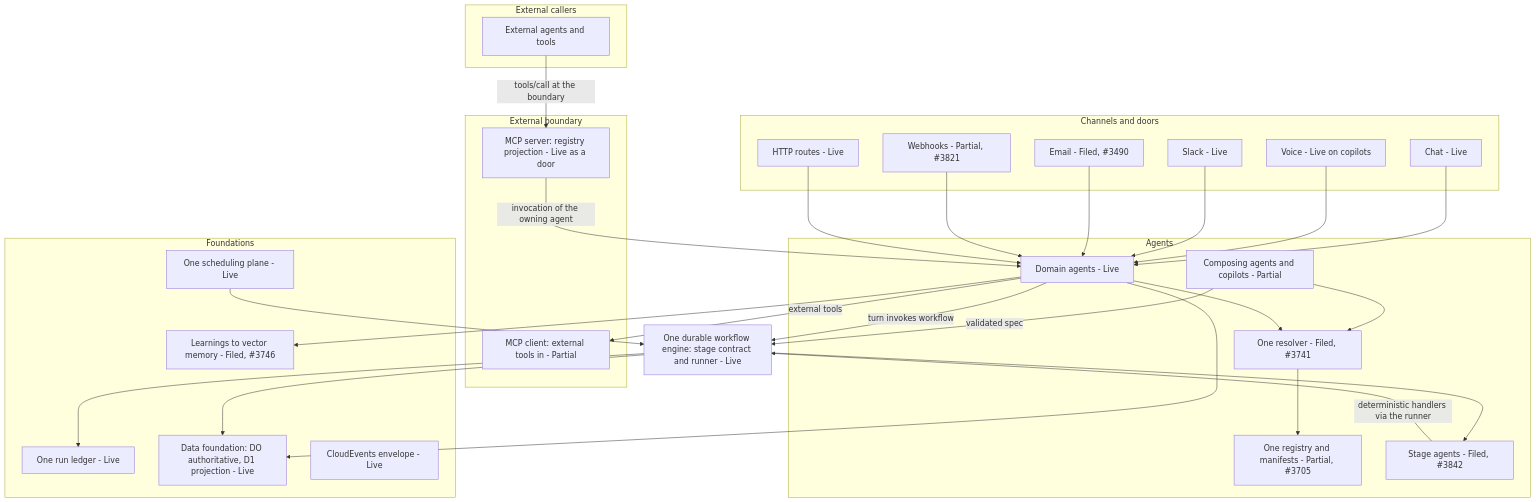
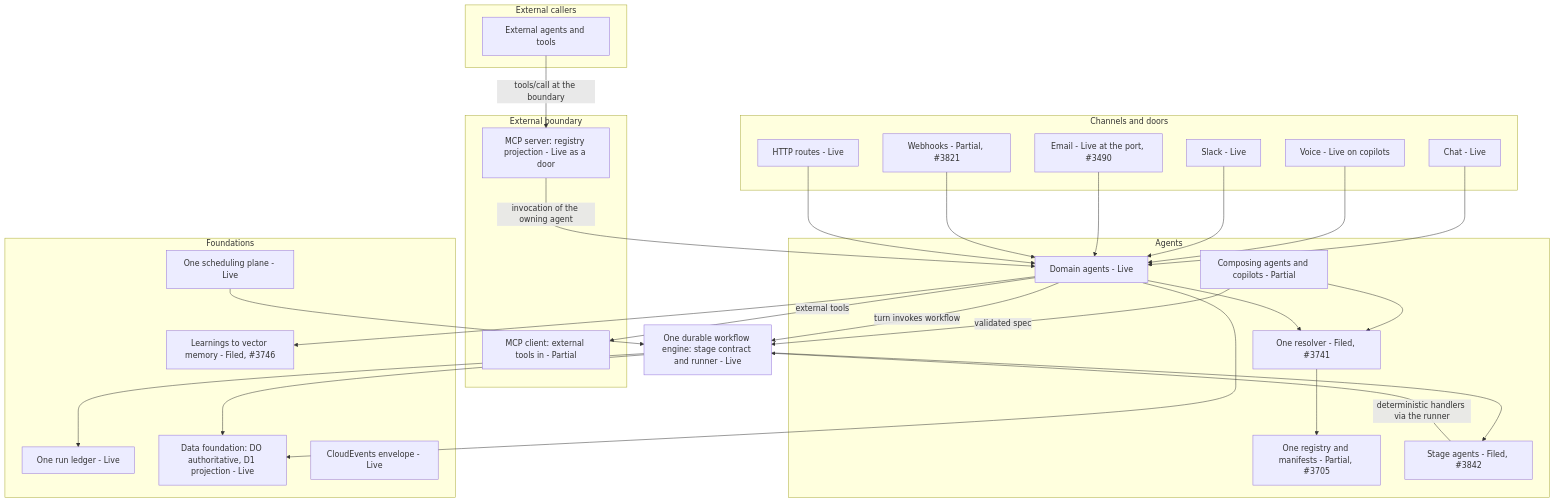
The first of 2 diagrams in docs/architecture/agentic/agents-workflows-schedules-queues-platforms-lifecycle.md (Qunsultant/cfagent), drawn with Mermaid before and after one commit. The commit also changed other lines of this file and 11 other files, not shown here.

Commit message:
feat(3490): email channel on PortThink — onEmail hook, routeAgentEmail wiring, send_email binding

````diff
--- a/docs/architecture/agentic/agents-workflows-schedules-queues-platforms-lifecycle.md
+++ b/docs/architecture/agentic/agents-workflows-schedules-queues-platforms-lifecycle.md
@@ -136,54 +136,54 @@
 ```mermaid
 flowchart TB
   subgraph EXT["External callers"]
     EA["External agents and tools"]
   end
   subgraph CH["Channels and doors"]
     D1["Chat - Live"]
     D2["Voice - Live on copilots"]
     D3["Slack - Live"]
-    D4["Email - Filed, #3490"]
+    D4["Email - Live at the port, #3490"]
     D5["Webhooks - Partial, #3821"]
     D6["HTTP routes - Live"]
   end
   subgraph EDGE["External boundary"]
     MCPS["MCP server: registry projection - Live as a door"]
     MCPC["MCP client: external tools in - Partial"]
   end
   subgraph CORE["Agents"]
     REG["One registry and manifests - Partial, #3705"]
     RES["One resolver - Filed, #3741"]
     AG["Domain agents - Live"]
     STG["Stage agents - Filed, #3842"]
     CMP["Composing agents and copilots - Partial"]
   end
   ENG["One durable workflow engine: stage contract and runner - Live"]
   subgraph FND["Foundations"]
     SCH["One scheduling plane - Live"]
     LED["One run ledger - Live"]
     DATA["Data foundation: DO authoritative, D1 projection - Live"]
     MEM["Learnings to vector memory - Filed, #3746"]
     ENV["CloudEvents envelope - Live"]
   end
   EA -->|"tools/call at the boundary"| MCPS
   MCPS -->|"invocation of the owning agent"| AG
   AG -->|"external tools"| MCPC
   D1 --> AG
   D2 --> AG
   D3 --> AG
   D4 --> AG
   D5 --> AG
   D6 --> AG
   CMP --> RES
   AG --> RES
   RES --> REG
   CMP -->|"validated spec"| ENG
   AG -->|"turn invokes workflow"| ENG
   ENG --> STG
   STG -->|"deterministic handlers via the runner"| ENG
   SCH --> ENG
   ENG --> LED
   AG --> DATA
   ENG --> DATA
   AG --> MEM
 ```
````
